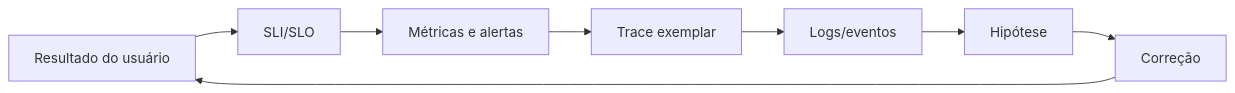
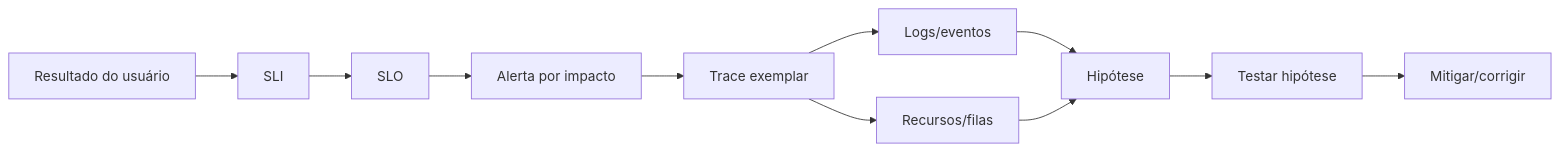
Before and after one commit to blasther12/alexandria: the first of 3 diagrams in observability/README.md, drawn with Mermaid. The commit also changed other lines of this file, not shown here.

````diff
--- a/observability/README.md
+++ b/observability/README.md
@@ -16,10 +33,13 @@
 ```mermaid
 flowchart LR
-    U[Resultado do usuário] --> S[SLI/SLO]
-    S --> M[Métricas e alertas]
-    M --> T[Trace exemplar]
-    T --> L[Logs/eventos]
-    L --> H[Hipótese]
-    H --> C[Correção]
-    C --> U
+    U[Resultado do usuário] --> SLI[SLI]
+    SLI --> SLO[SLO]
+    SLO --> ALERT[Alerta por impacto]
+    ALERT --> TRACE[Trace exemplar]
+    TRACE --> LOG[Logs/eventos]
+    TRACE --> RESOURCE[Recursos/filas]
+    LOG --> H[Hipótese]
+    RESOURCE --> H
+    H --> TEST[Testar hipótese]
+    TEST --> FIX[Mitigar/corrigir]
 ```
````
